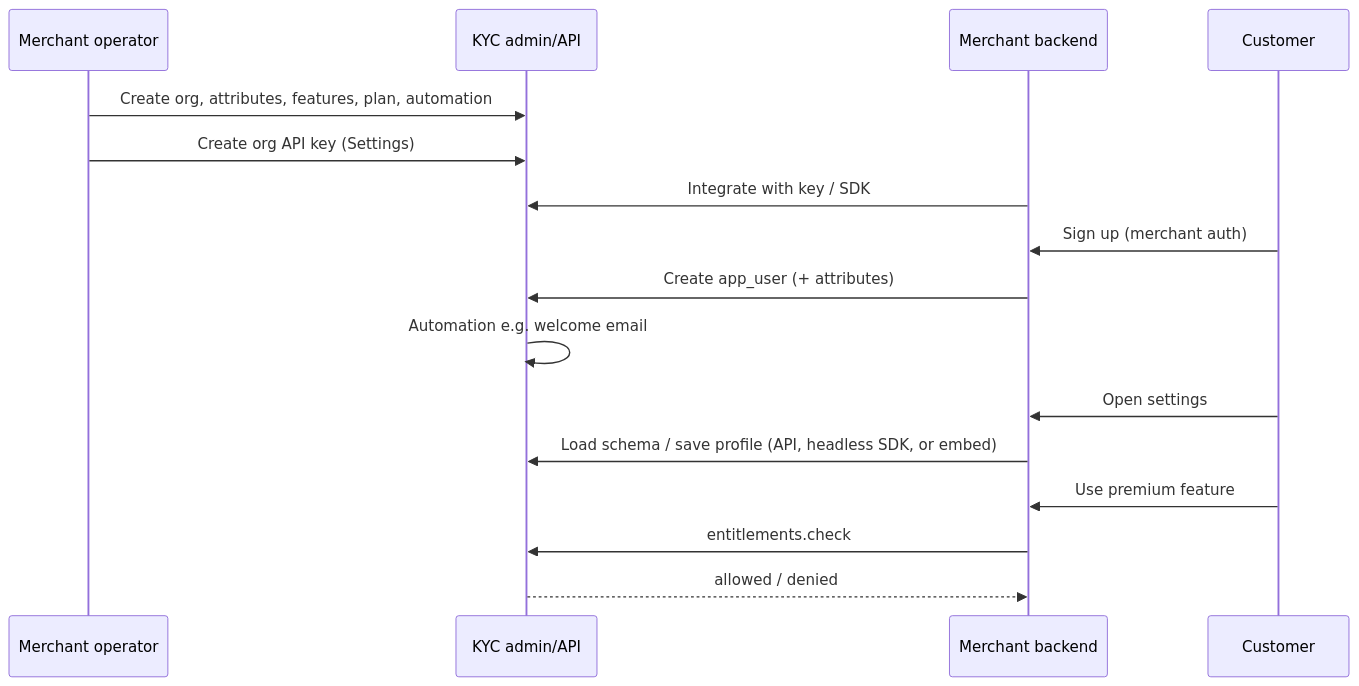
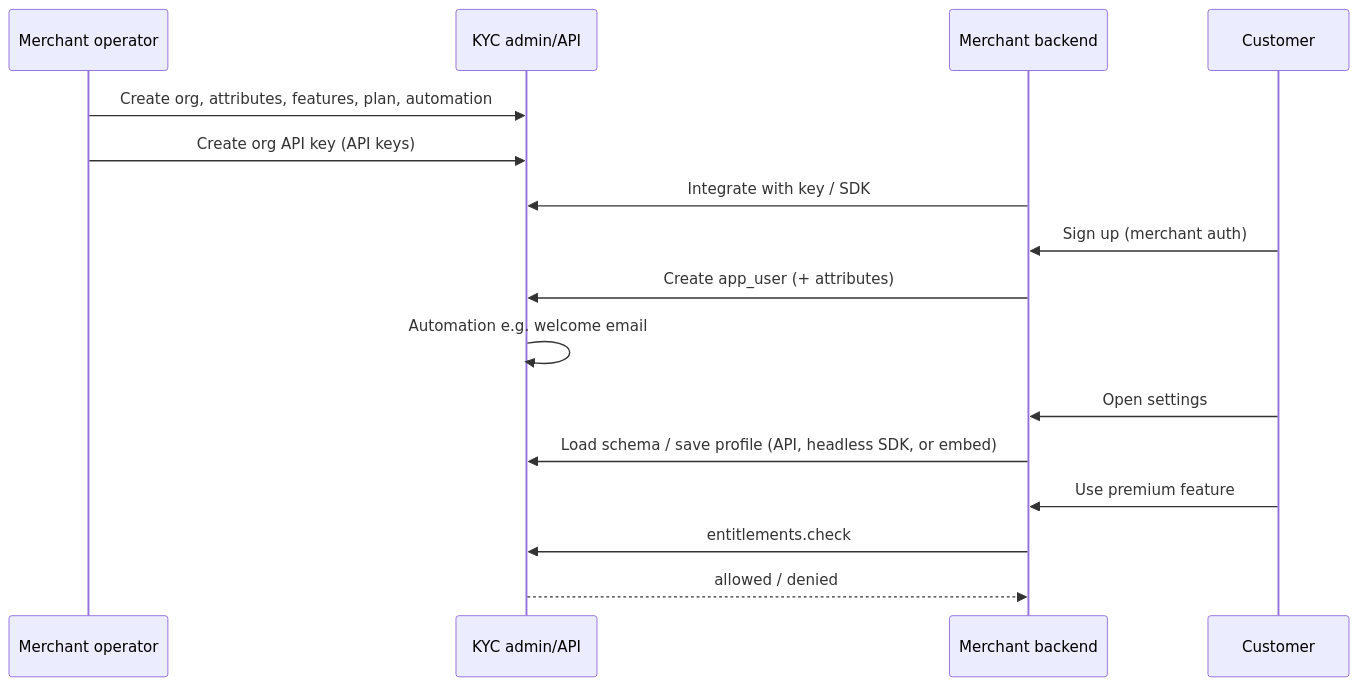
Before and after one commit to gsarmaonline/kycapp: the diagram in README.md, drawn with Mermaid. The commit also changed other lines of this file and 28 other files, not shown here.

First line of the commit message:
Surface org API keys and split Integration vs Operator API docs.

````diff
--- a/README.md
+++ b/README.md
@@ -59,21 +59,21 @@
 ```mermaid
 sequenceDiagram
   participant Op as Merchant operator
   participant KYC as KYC admin/API
   participant App as Merchant backend
   participant Cust as Customer
 
   Op->>KYC: Create org, attributes, features, plan, automation
-  Op->>KYC: Create org API key (Settings)
+  Op->>KYC: Create org API key (API keys)
   App->>KYC: Integrate with key / SDK
 
   Cust->>App: Sign up (merchant auth)
   App->>KYC: Create app_user (+ attributes)
   KYC->>KYC: Automation e.g. welcome email
 
   Cust->>App: Open settings
   App->>KYC: Load schema / save profile (API, headless SDK, or embed)
   Cust->>App: Use premium feature
   App->>KYC: entitlements.check
   KYC-->>App: allowed / denied
 ```
````
